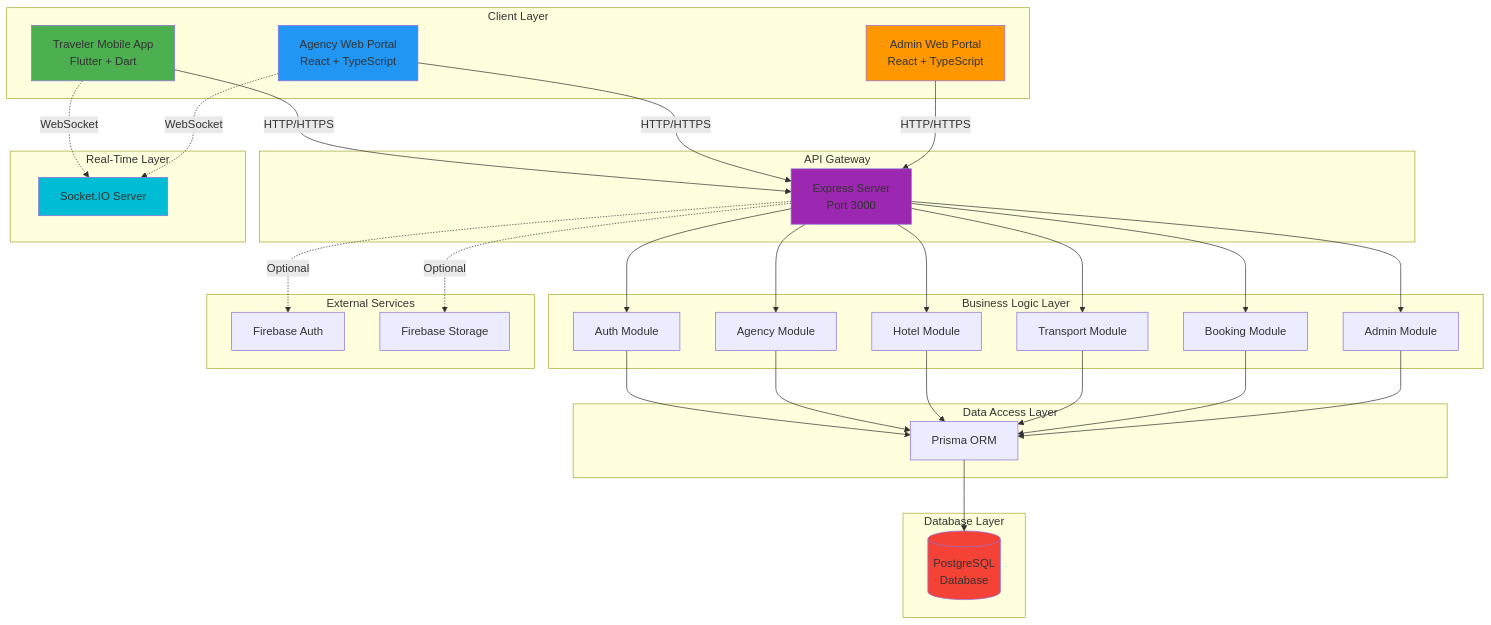
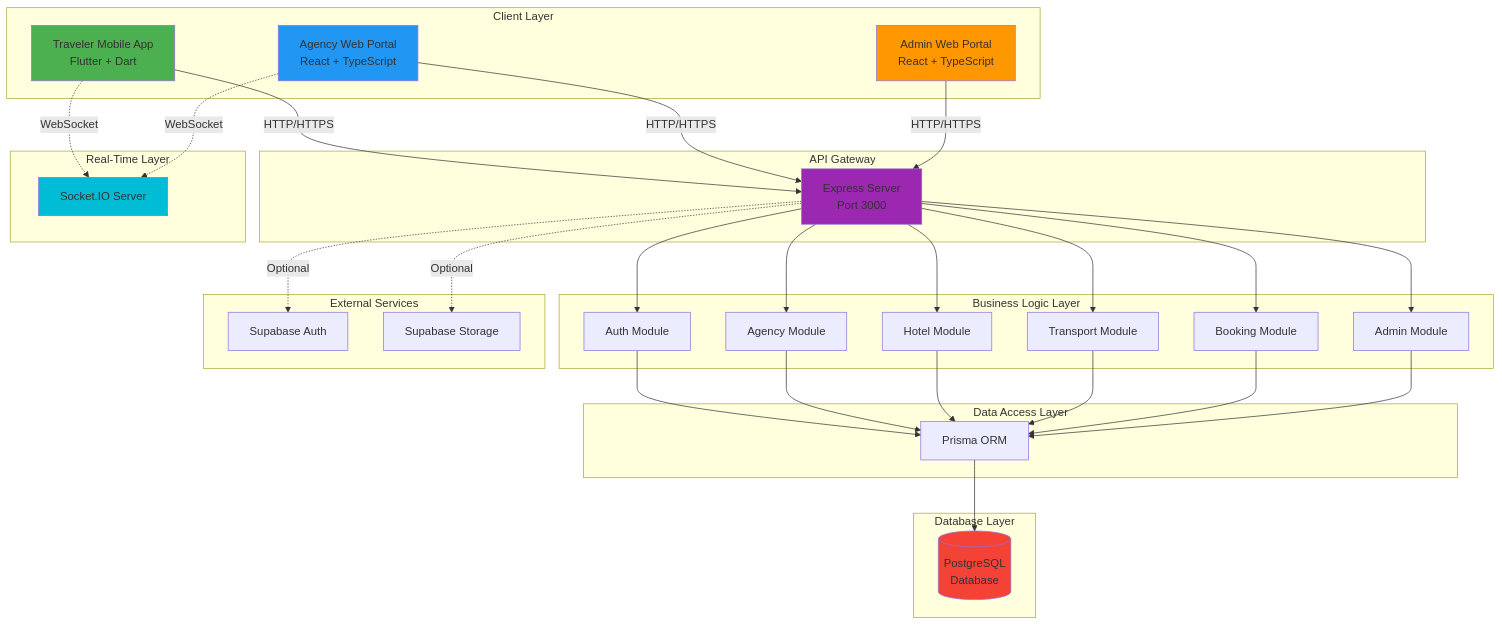
One commit to AbuZar-Babar/TrekPal changed the first of 11 diagrams in docs/ARCHITECTURE.md. Above: the diagram before and after it, drawn with Mermaid. The commit also changed other lines of this file and 50 other files, not shown here.

````diff
--- a/docs/ARCHITECTURE.md
+++ b/docs/ARCHITECTURE.md
@@ -45,71 +45,71 @@
 ```mermaid
 graph TB
     subgraph "Client Layer"
         A[Traveler Mobile App<br/>Flutter + Dart]
         B[Agency Web Portal<br/>React + TypeScript]
         C[Admin Web Portal<br/>React + TypeScript]
     end
     
     subgraph "API Gateway"
         D[Express Server<br/>Port 3000]
     end
     
     subgraph "Business Logic Layer"
         E[Auth Module]
         F[Agency Module]
         G[Hotel Module]
         H[Transport Module]
         I[Booking Module]
         J[Admin Module]
     end
     
     subgraph "Data Access Layer"
         K[Prisma ORM]
     end
     
     subgraph "Database Layer"
         L[(PostgreSQL<br/>Database)]
     end
     
     subgraph "Real-Time Layer"
         M[Socket.IO Server]
     end
     
     subgraph "External Services"
-        N[Firebase Auth]
-        O[Firebase Storage]
+        N[Supabase Auth]
+        O[Supabase Storage]
     end
     
     A -->|HTTP/HTTPS| D
     B -->|HTTP/HTTPS| D
     C -->|HTTP/HTTPS| D
     
     A -.->|WebSocket| M
     B -.->|WebSocket| M
     
     D --> E
     D --> F
     D --> G
     D --> H
     D --> I
     D --> J
     
     E --> K
     F --> K
     G --> K
     H --> K
     I --> K
     J --> K
     
     K --> L
     
     D -.->|Optional| N
     D -.->|Optional| O
     
     style A fill:#4CAF50
     style B fill:#2196F3
     style C fill:#FF9800
     style D fill:#9C27B0
     style L fill:#F44336
     style M fill:#00BCD4
 ```
````
